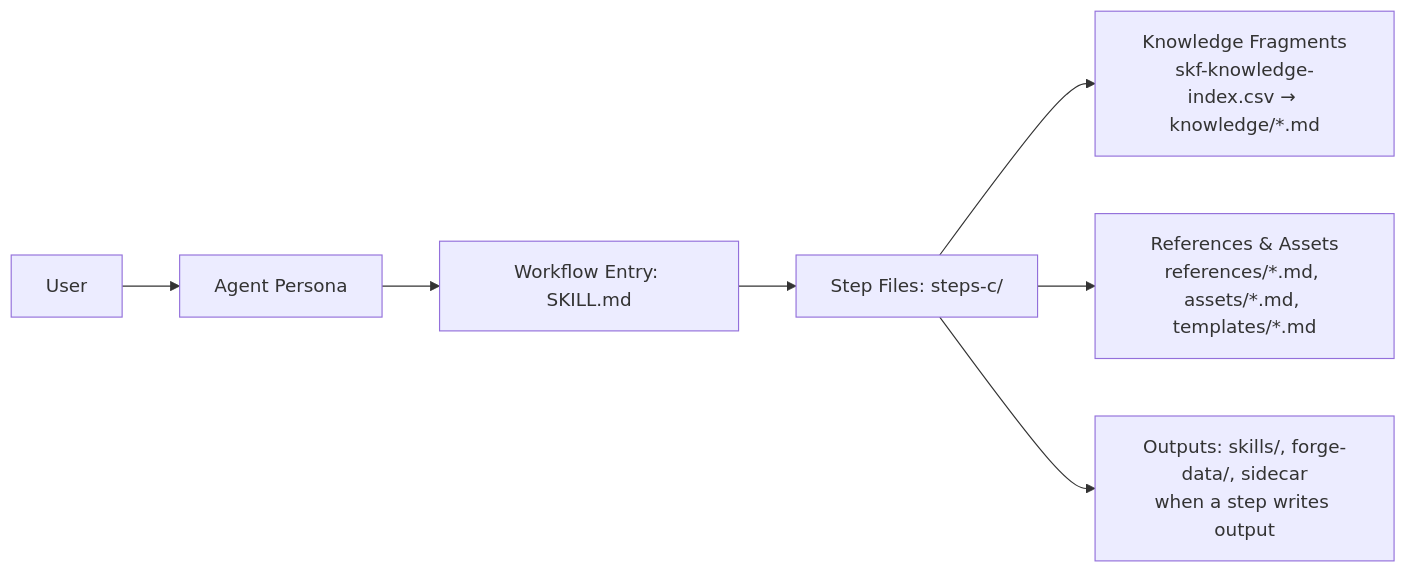
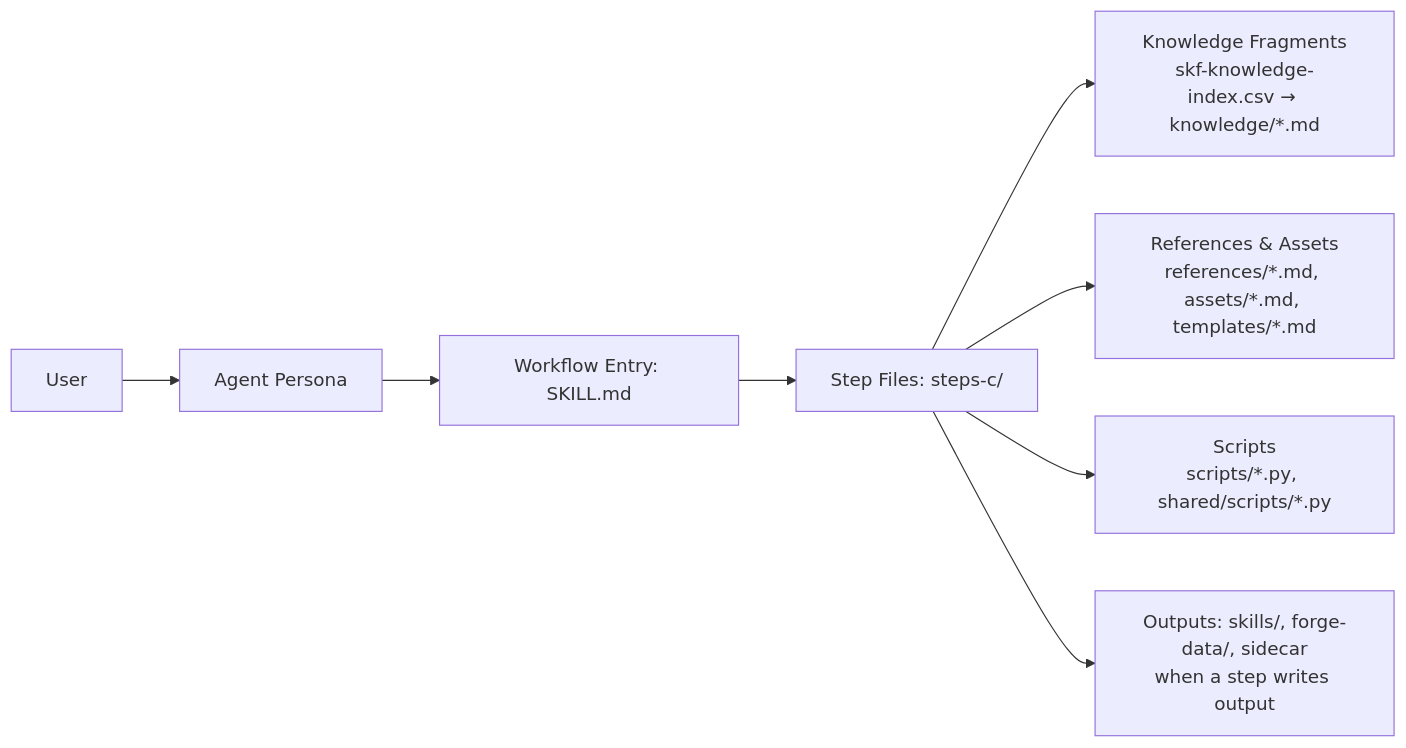
One commit to SGuibord/bmad-module-skill-forge changed the diagram in docs/how-it-works.md. Above: the diagram before and after it, drawn with Mermaid. The commit also changed other lines of this file and 7 other files, not shown here.

````diff
--- a/docs/how-it-works.md
+++ b/docs/how-it-works.md
@@ -44,9 +46,10 @@
 ```mermaid
 flowchart LR
   U[User] --> A[Agent Persona]
   A --> W[Workflow Entry: SKILL.md]
   W --> S[Step Files: steps-c/]
   S --> K[Knowledge Fragments<br/>skf-knowledge-index.csv → knowledge/*.md]
   S --> D[References & Assets<br/>references/*.md, assets/*.md, templates/*.md]
+  S --> P[Scripts<br/>scripts/*.py, shared/scripts/*.py]
   S --> O[Outputs: skills/, forge-data/, sidecar<br/>when a step writes output]
 ```
````
